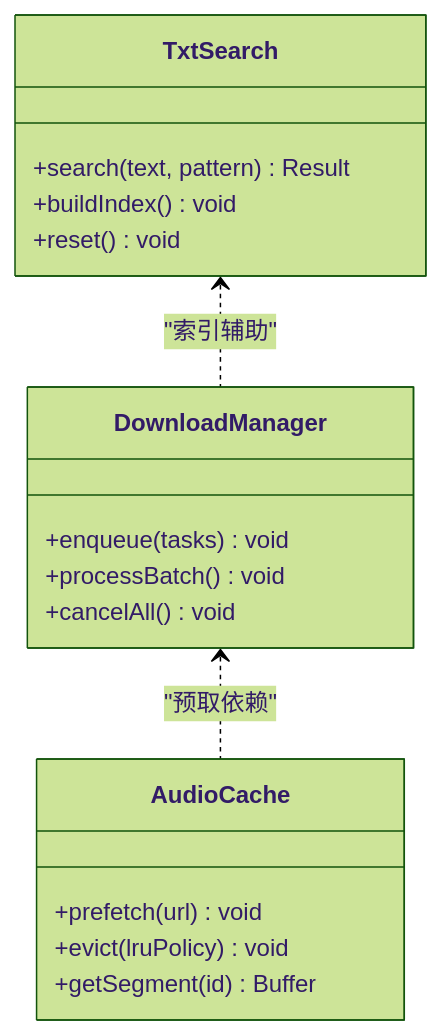
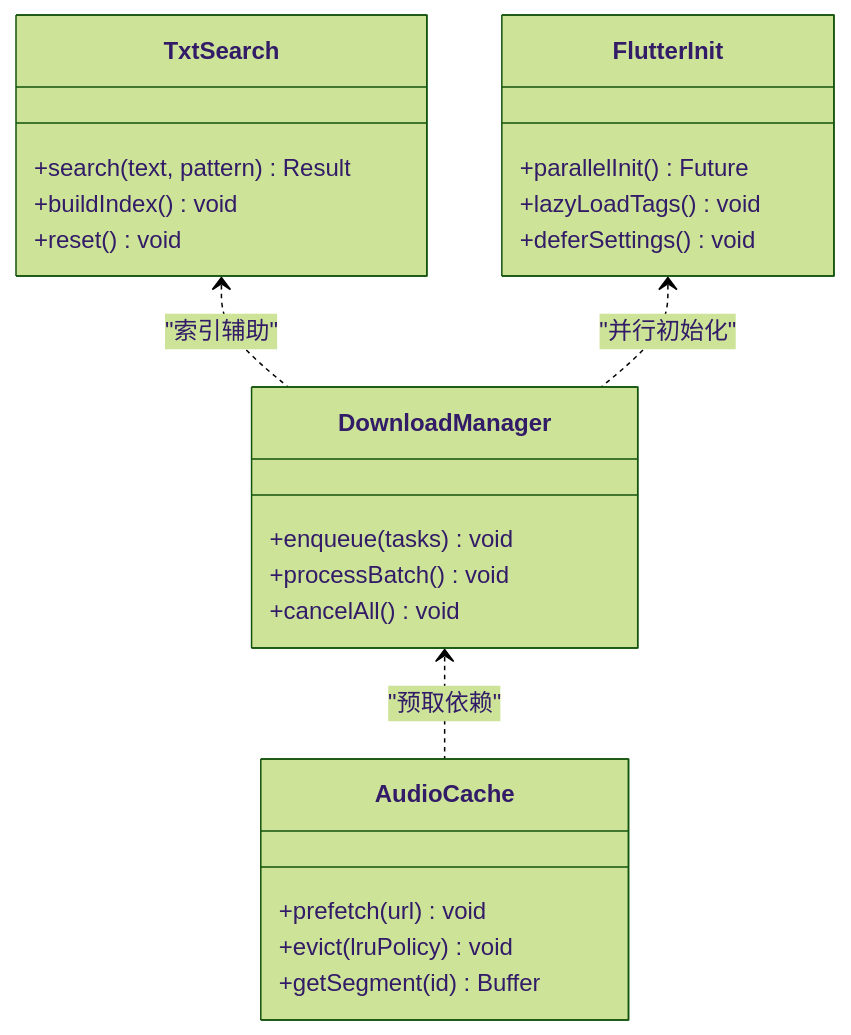
The fourth of 8 diagrams in .qoder/repowiki/zh/content/Rust核心库/性能优化.md (ZhangGHGitHub/LegadoTeamFlutter), drawn with Mermaid (forest theme) before and after one commit. The commit also changed other lines of this file and 68 other files, not shown here.

````diff
--- a/.qoder/repowiki/zh/content/Rust核心库/性能优化.md
+++ b/.qoder/repowiki/zh/content/Rust核心库/性能优化.md
@@ -174,20 +202,26 @@
 ```mermaid
 classDiagram
 class TxtSearch {
 +search(text, pattern) Result
 +buildIndex() void
 +reset() void
 }
 class DownloadManager {
 +enqueue(tasks) void
 +processBatch() void
 +cancelAll() void
 }
 class AudioCache {
 +prefetch(url) void
 +evict(lruPolicy) void
 +getSegment(id) Buffer
 }
+class FlutterInit {
++parallelInit() Future
++lazyLoadTags() void
++deferSettings() void
+}
 TxtSearch <.. DownloadManager : "索引辅助"
 DownloadManager <.. AudioCache : "预取依赖"
+FlutterInit <.. DownloadManager : "并行初始化"
 ```
````
